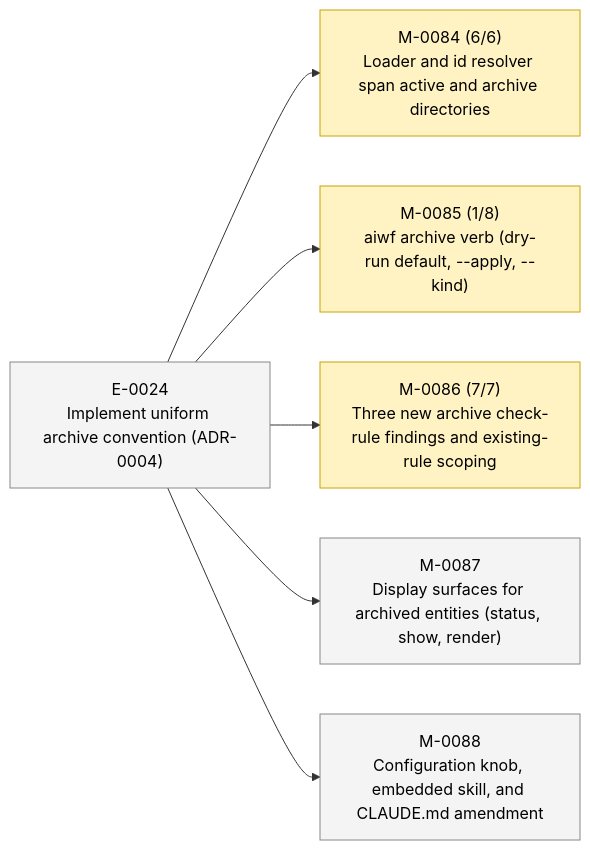
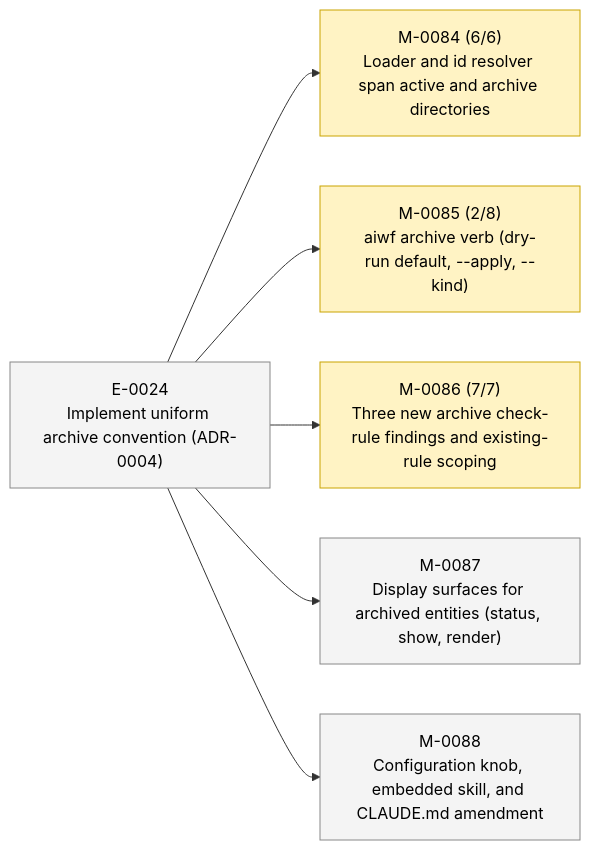
Before and after one commit to 23min/aiwf: the second of 2 diagrams in STATUS.md, drawn with Mermaid. The commit also changed other lines of this file and 1 other file, not shown here.

First line of the commit message:
aiwf promote M-0085/AC-2 open -> met

````diff
--- a/STATUS.md
+++ b/STATUS.md
@@ -49,20 +49,20 @@
 ```mermaid
 flowchart LR
   E_0024["E-0024<br/>Implement uniform archive convention (ADR-0004)"]:::epic_proposed
   M_0084["M-0084 (6/6)<br/>Loader and id resolver span active and archive directories"]:::ms_in_progress
   E_0024 --> M_0084
-  M_0085["M-0085 (1/8)<br/>aiwf archive verb (dry-run default, --apply, --kind)"]:::ms_in_progress
+  M_0085["M-0085 (2/8)<br/>aiwf archive verb (dry-run default, --apply, --kind)"]:::ms_in_progress
   E_0024 --> M_0085
   M_0086["M-0086 (7/7)<br/>Three new archive check-rule findings and existing-rule scoping"]:::ms_in_progress
   E_0024 --> M_0086
   M_0087["M-0087<br/>Display surfaces for archived entities (status, show, render)"]:::ms_draft
   E_0024 --> M_0087
   M_0088["M-0088<br/>Configuration knob, embedded skill, and CLAUDE.md amendment"]:::ms_draft
   E_0024 --> M_0088
   classDef epic_active fill:#d6eaff,stroke:#1a73e8,color:#000
   classDef epic_proposed fill:#f4f4f4,stroke:#888,color:#000
   classDef ms_done fill:#d8f5d8,stroke:#2a8a2a,color:#000
   classDef ms_in_progress fill:#fff3c4,stroke:#caa400,color:#000
   classDef ms_draft fill:#f4f4f4,stroke:#888,color:#000
   classDef ms_cancelled fill:#fbeaea,stroke:#c33,color:#000
 ```
````
